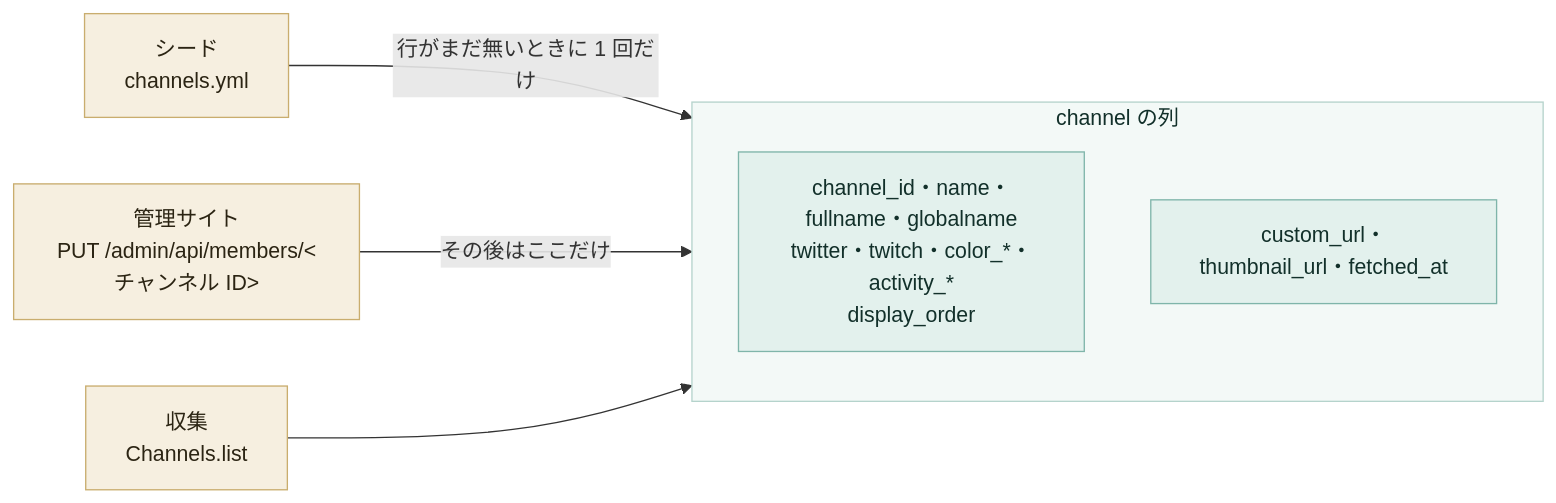
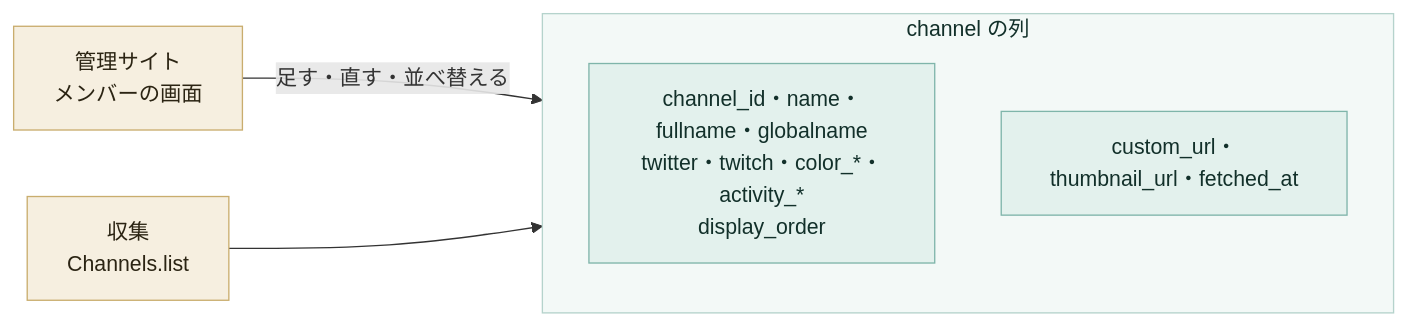
One commit to nanase/kemov changed the sixth of 7 diagrams in docs/reference/data.md. Above: the diagram before and after it, drawn with Mermaid. The commit also changed other lines of this file and 32 other files, not shown here.

First line of the commit message:
channels.yml と、それを読むスクリプト・CI・deploy の手順を撤去する (#211) (#229)

````diff
--- a/docs/reference/data.md
+++ b/docs/reference/data.md
@@ -187,16 +187,15 @@
 ```mermaid
 flowchart LR
-  seed["シード<br/>channels.yml"] -- "行がまだ無いときに 1 回だけ" --> person
-  admin["管理サイト<br/>PUT /admin/api/members/&lt;チャンネル ID&gt;"] -- "その後はここだけ" --> person
+  admin["管理サイト<br/>メンバーの画面"] -- "足す・直す・並べ替える" --> person
   collector["収集<br/>Channels.list"] --> fetched
   subgraph channel["channel の列"]
     direction TB
     person["channel_id・name・fullname・globalname<br/>twitter・twitch・color_*・activity_*<br/>display_order"]
     fetched["custom_url・thumbnail_url・fetched_at"]
   end
   classDef writer fill:#f6efe0,stroke:#c9ad6e,color:#2b2413
   classDef cols fill:#e3f1ed,stroke:#7fb5aa,color:#12302a
-  class seed,admin,collector writer
+  class admin,collector writer
   class person,fetched cols
   style channel fill:#f3f9f7,stroke:#b5d3cc,color:#12302a
 ```
````
